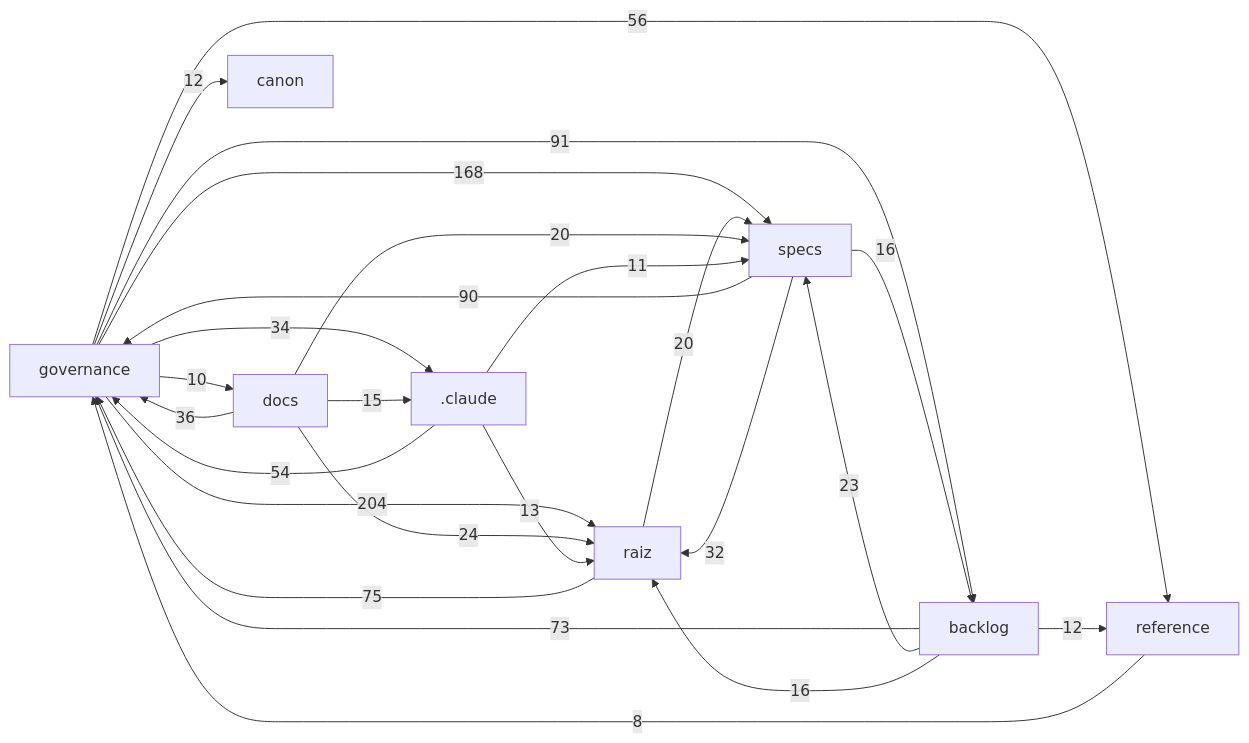
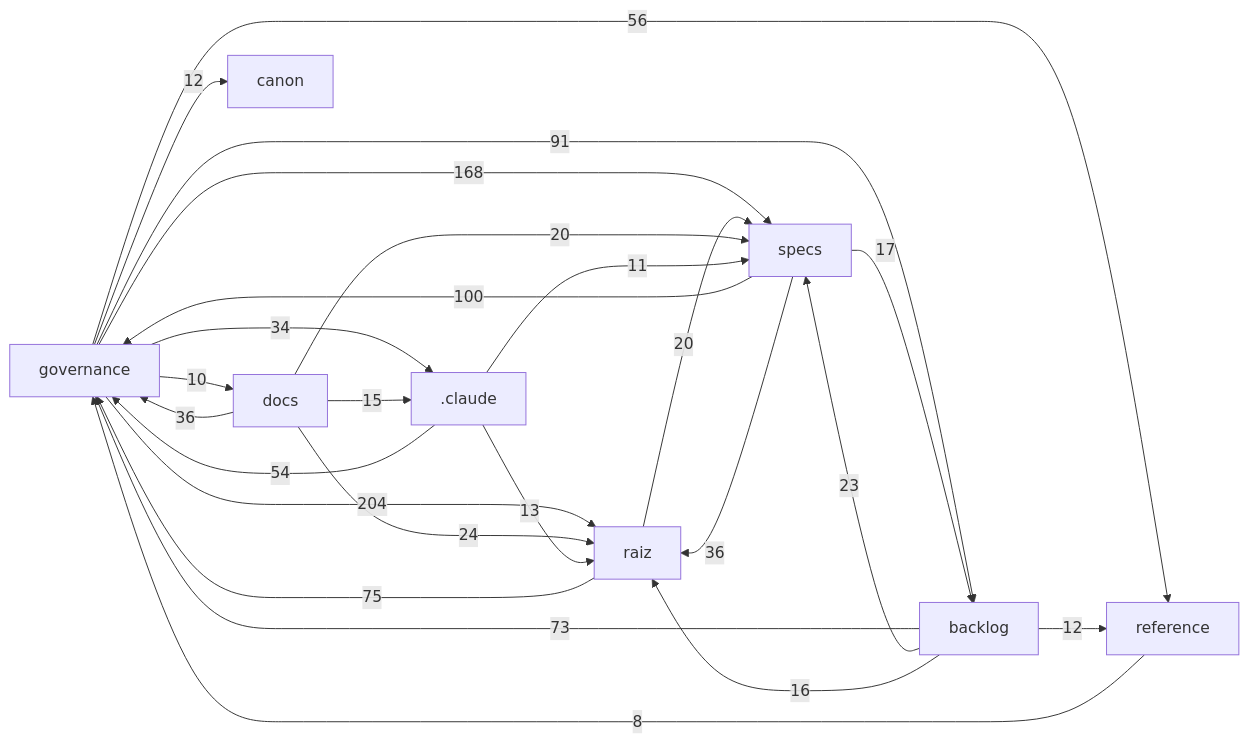
One commit to Andraus35/Sistema-Operacional-de-Trading--SOT changed the diagram in docs/mapa/MAPA-PROJETO.md. Above: the diagram before and after it, drawn with Mermaid. The commit also changed other lines of this file and 7 other files, not shown here.

````diff
--- a/docs/mapa/MAPA-PROJETO.md
+++ b/docs/mapa/MAPA-PROJETO.md
@@ -29,27 +29,27 @@
 ```mermaid
 flowchart LR
   governance["governance"] -->|204| raiz["raiz"]
   governance["governance"] -->|168| specs["specs"]
+  specs["specs"] -->|100| governance["governance"]
   governance["governance"] -->|91| backlog["backlog"]
-  specs["specs"] -->|90| governance["governance"]
   raiz["raiz"] -->|75| governance["governance"]
   backlog["backlog"] -->|73| governance["governance"]
   governance["governance"] -->|56| reference["reference"]
   _claude[".claude"] -->|54| governance["governance"]
   docs["docs"] -->|36| governance["governance"]
+  specs["specs"] -->|36| raiz["raiz"]
   governance["governance"] -->|34| _claude[".claude"]
-  specs["specs"] -->|32| raiz["raiz"]
   docs["docs"] -->|24| raiz["raiz"]
   backlog["backlog"] -->|23| specs["specs"]
   raiz["raiz"] -->|20| specs["specs"]
   docs["docs"] -->|20| specs["specs"]
+  specs["specs"] -->|17| backlog["backlog"]
   backlog["backlog"] -->|16| raiz["raiz"]
-  specs["specs"] -->|16| backlog["backlog"]
   docs["docs"] -->|15| _claude[".claude"]
   _claude[".claude"] -->|13| raiz["raiz"]
   backlog["backlog"] -->|12| reference["reference"]
   governance["governance"] -->|12| canon["canon"]
   _claude[".claude"] -->|11| specs["specs"]
   governance["governance"] -->|10| docs["docs"]
   reference["reference"] -->|8| governance["governance"]
 ```
````
